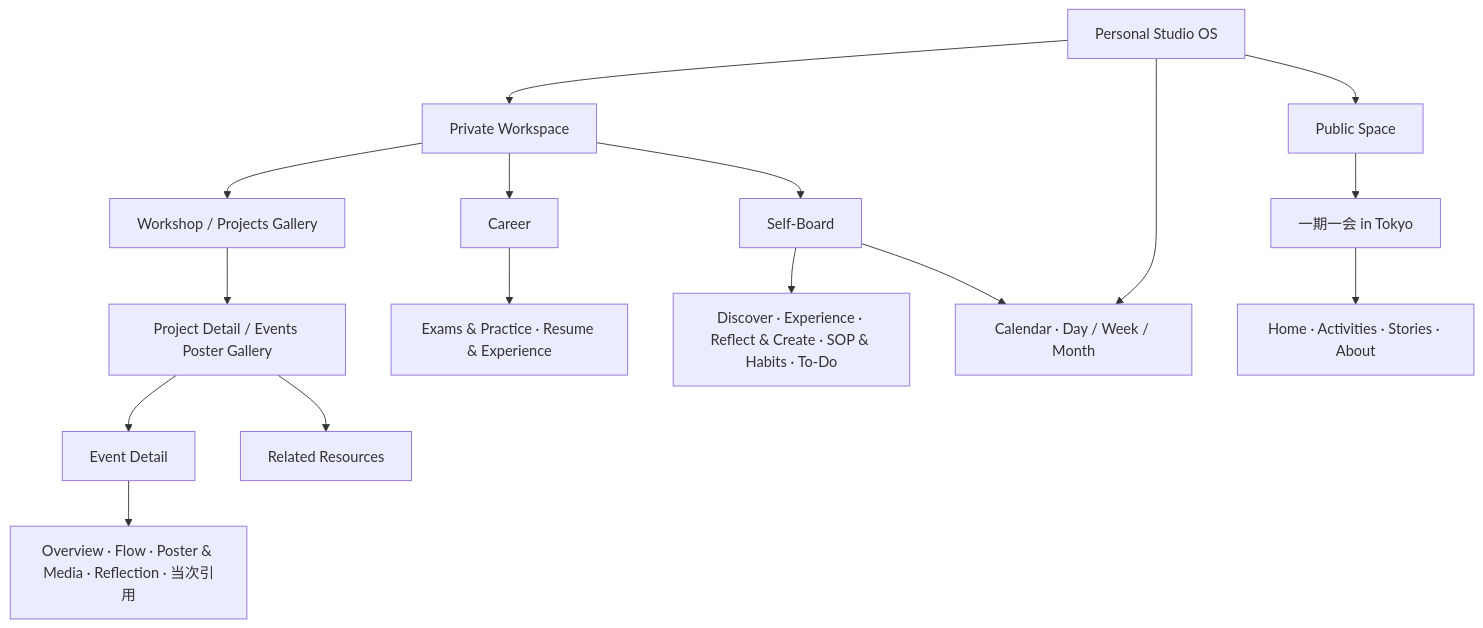
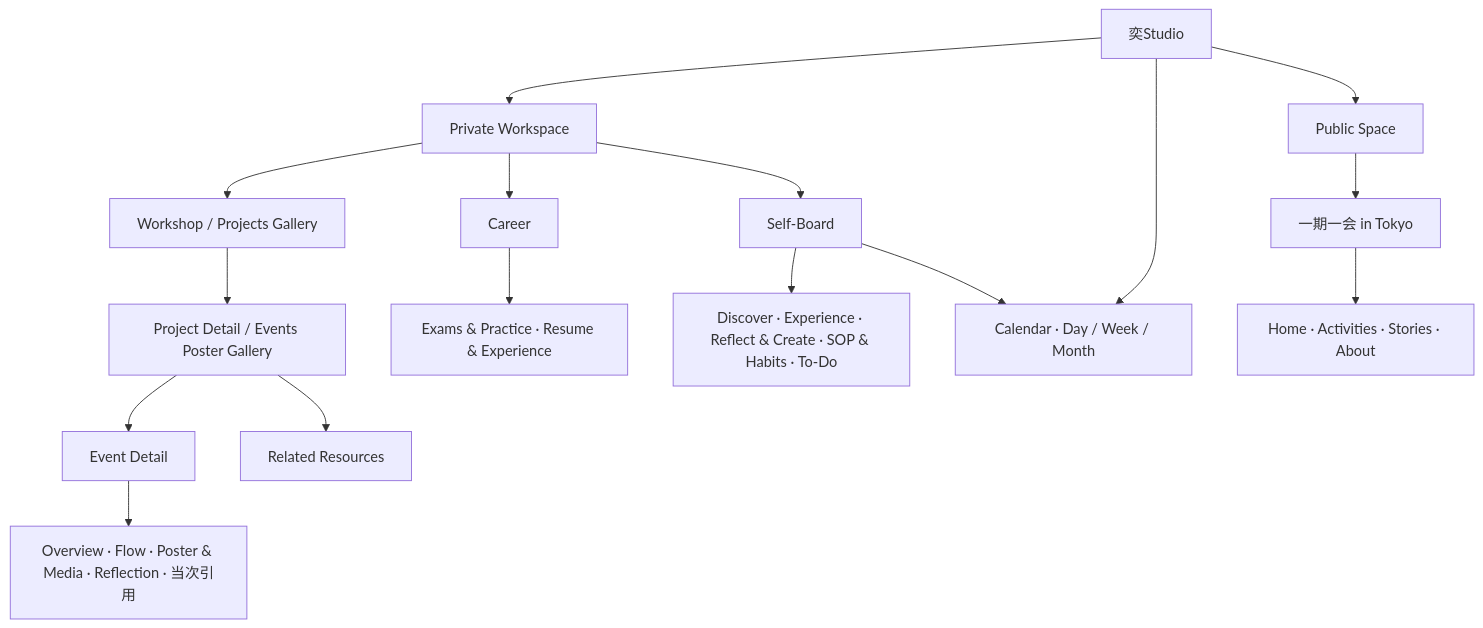
Before and after one commit to Emily95Yi/personal-studio-os: the diagram in docs/architecture.md, drawn with Mermaid. The commit also changed other lines of this file and 7 other files, not shown here.

Commit message:
Use compact contextual headers and rename the home to 奕Studio

````diff
--- a/docs/architecture.md
+++ b/docs/architecture.md
@@ -5,14 +5,14 @@
 ```mermaid
 flowchart TB
-  Home["Personal Studio OS"] --> Private["Private Workspace"]
+  Home["奕Studio"] --> Private["Private Workspace"]
   Home --> Public["Public Space"]
   Private --> Workshop["Workshop / Projects Gallery"] --> Project["Project Detail / Events Poster Gallery"]
   Project --> Event["Event Detail"]
   Project --> Resources["Related Resources"]
   Event --> Sections["Overview · Flow · Poster & Media · Reflection · 当次引用"]
   Private --> Career["Career"] --> C["Exams & Practice · Resume & Experience"]
   Private --> Self["Self-Board"] --> S["Discover · Experience · Reflect & Create · SOP & Habits · To-Do"]
   Home --> Calendar["Calendar · Day / Week / Month"]
   Self --> Calendar
   Public --> Tokyo["一期一会 in Tokyo"] --> T["Home · Activities · Stories · About"]
 ```
````
